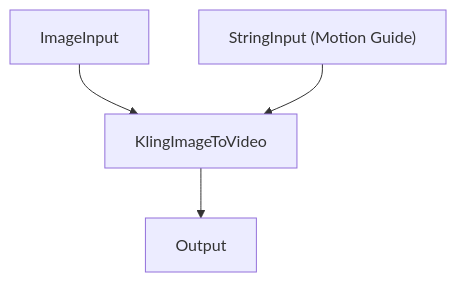
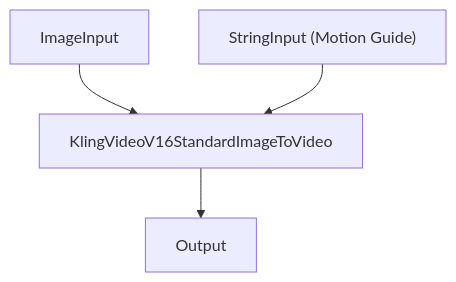
One commit to nodetool-ai/nodetool changed diagram 13 of 17 in docs/cookbook/patterns.md. Above: the diagram before and after it, drawn with Mermaid. The commit also changed other lines of this file and 46 other files, not shown here.

```diff
--- a/docs/cookbook/patterns.md
+++ b/docs/cookbook/patterns.md
@@ -458,10 +453,10 @@
 {% mermaid %}
 graph TD
   image_input["ImageInput"]
   string_input["StringInput (Motion Guide)"]
   output["Output"]
-  kling_image_to_video["KlingImageToVideo"]
+  kling_image_to_video["KlingVideoV16StandardImageToVideo"]
   image_input --> kling_image_to_video
   string_input --> kling_image_to_video
   kling_image_to_video --> output
 {% endmermaid %}
```
